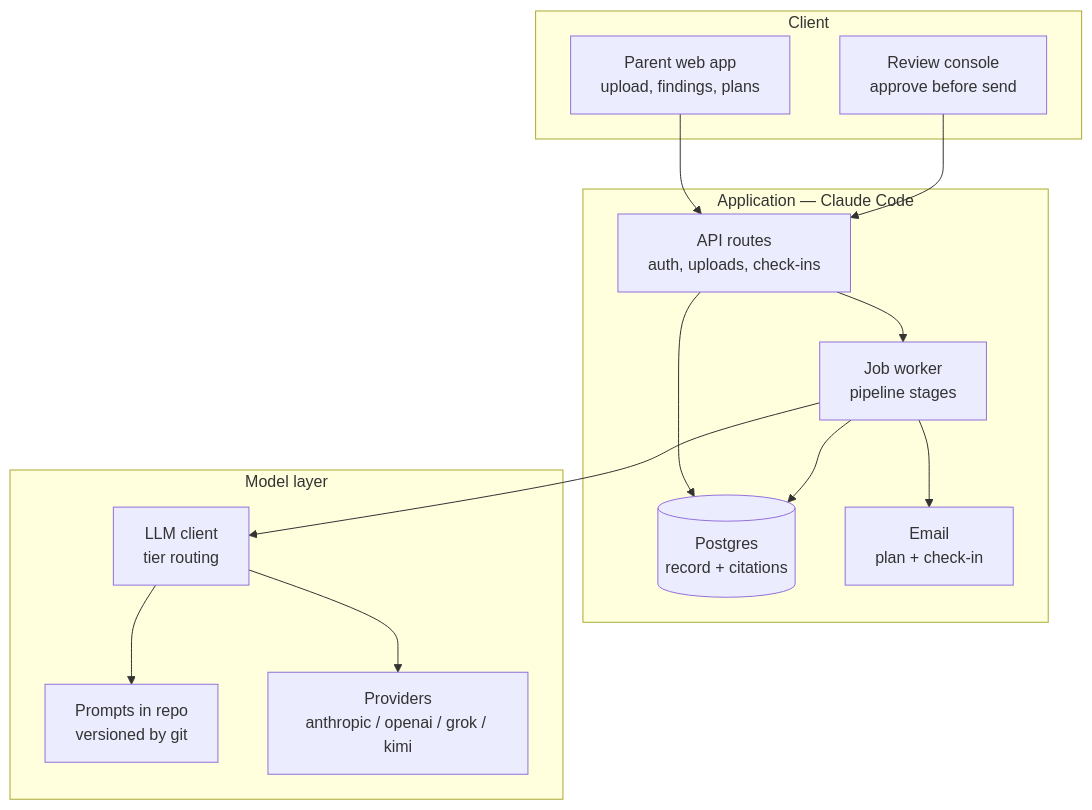
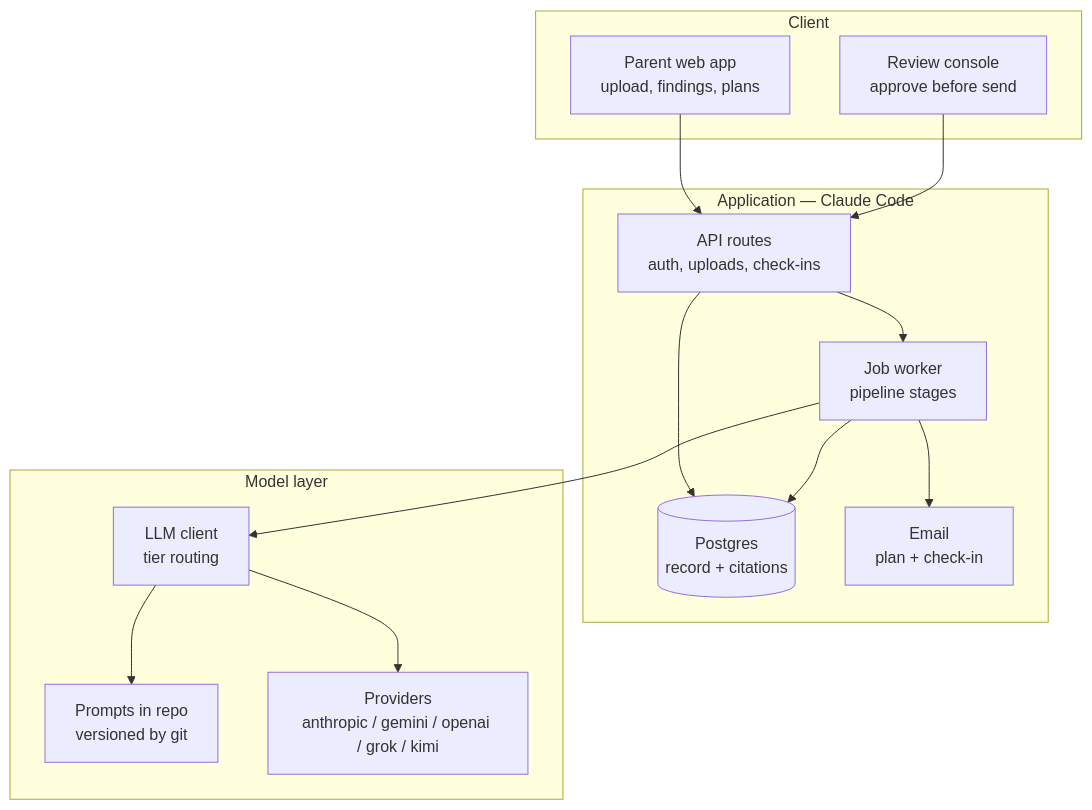
One commit to sahil1808agg/edtech-NurtureOS changed the diagram in docs/engineering/engineering-doc.md. Above: the diagram before and after it, drawn with Mermaid. The commit also changed other lines of this file and 7 other files, not shown here.

````diff
--- a/docs/engineering/engineering-doc.md
+++ b/docs/engineering/engineering-doc.md
@@ -39,26 +39,26 @@
 ```mermaid
 flowchart TB
     subgraph client[Client]
         PW[Parent web app<br/>upload, findings, plans]
         RC[Review console<br/>approve before send]
     end
     subgraph app[Application — Claude Code]
         API[API routes<br/>auth, uploads, check-ins]
         W[Job worker<br/>pipeline stages]
         DB[(Postgres<br/>record + citations)]
         EM[Email<br/>plan + check-in]
     end
     subgraph llm[Model layer]
         LC[LLM client<br/>tier routing]
         PR[Prompts in repo<br/>versioned by git]
-        PV[Providers<br/>anthropic / openai / grok / kimi]
+        PV[Providers<br/>anthropic / gemini / openai / grok / kimi]
     end
     PW --> API
     RC --> API
     API --> DB
     API --> W
     W --> DB
     W --> LC
     LC --> PR & PV
     W --> EM
 ```
````
